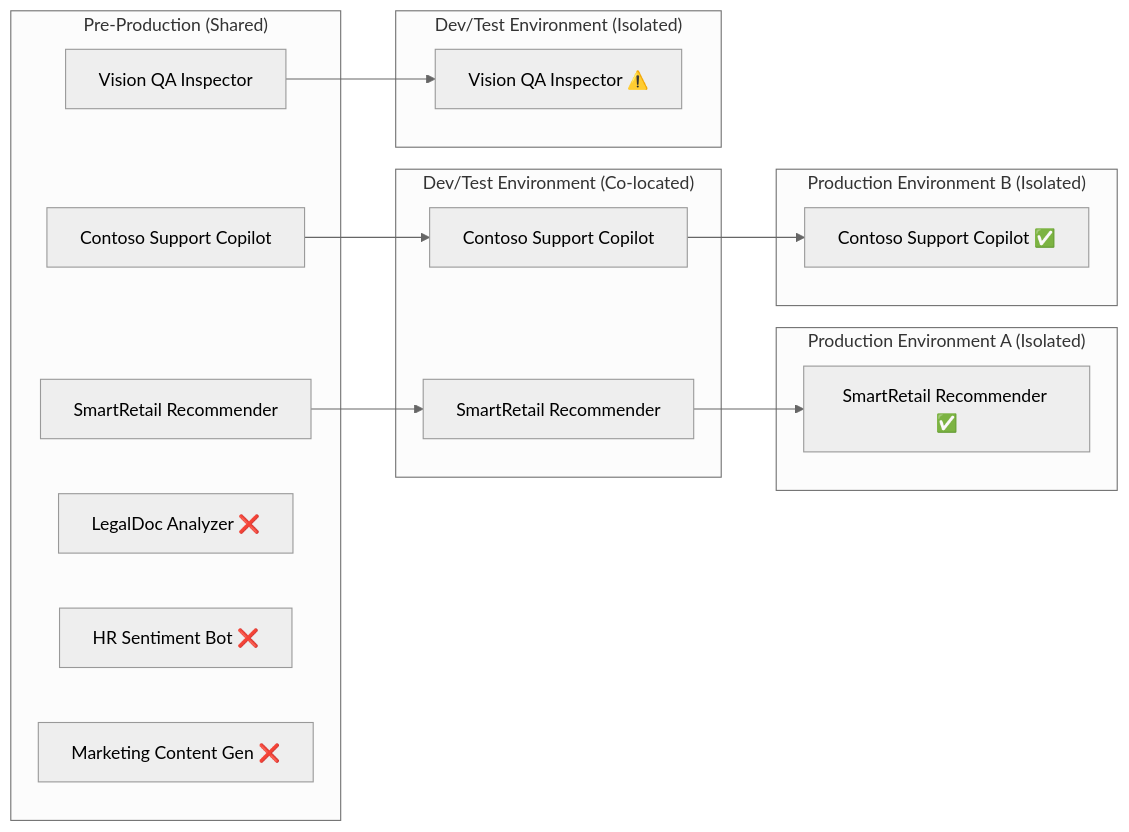
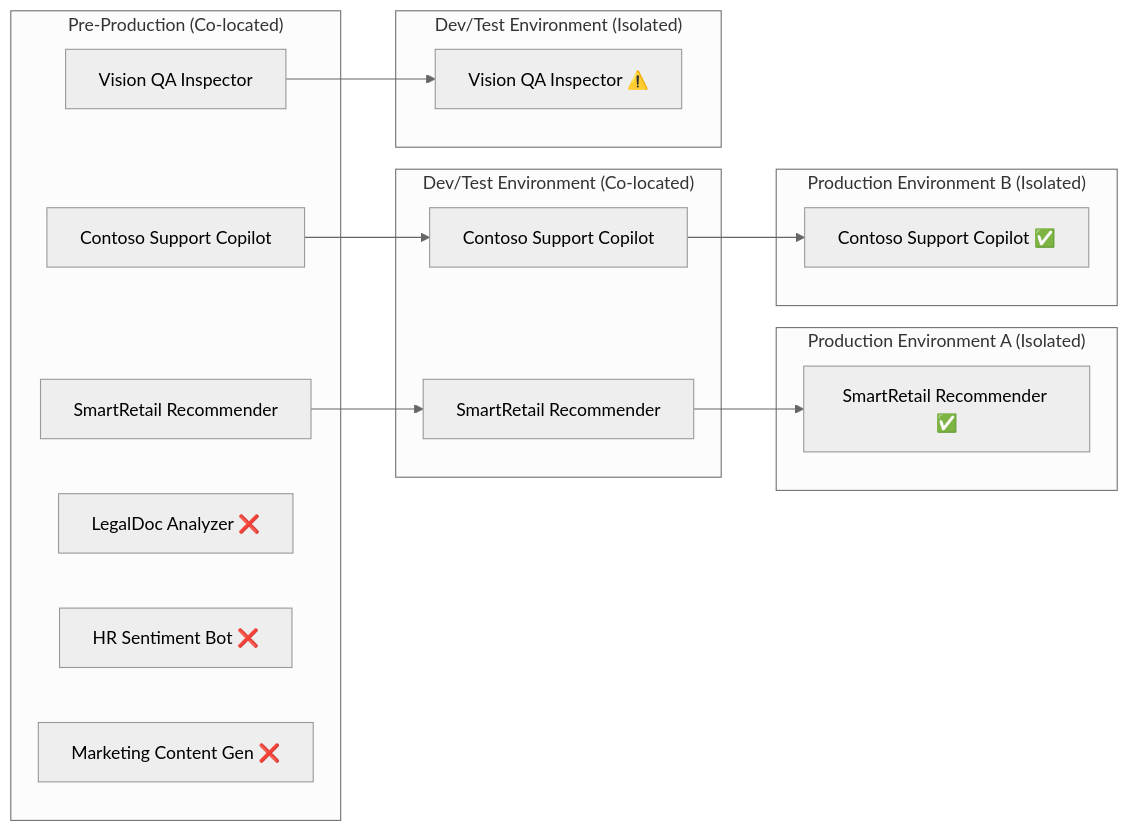
Before and after one commit to MicrosoftDocs/cloud-adoption-framework: the diagram in docs/ai/platform/ai-platform-sharing-isolation-colocation.md, drawn with Mermaid (neutral theme).

````diff
--- a/docs/ai/platform/ai-platform-sharing-isolation-colocation.md
+++ b/docs/ai/platform/ai-platform-sharing-isolation-colocation.md
@@ -97,39 +97,39 @@
 ```mermaid
 flowchart LR
 
     %% Pre-Production
-    subgraph PreProd["Pre-Production (Shared)"]
+    subgraph PreProd["Pre-Production (Co-located)"]
         P1[SmartRetail Recommender]
         P2[Contoso Support Copilot]
         P3[Vision QA Inspector]
         P4[LegalDoc Analyzer ❌]
         P5[HR Sentiment Bot ❌]
         P6[Marketing Content Gen ❌]
     end
 
     %% Dev/Test - Co-located
     subgraph DevTestShared["Dev/Test Environment (Co-located)"]
         D1[SmartRetail Recommender]
         D2[Contoso Support Copilot]
     end
 
     %% Dev/Test - Isolated workload B
     subgraph DevTestIso["Dev/Test Environment (Isolated)"]
         D3[Vision QA Inspector ⚠️]
     end
 
     %% Production - Isolated Workload A
     subgraph ProdA["Production Environment A (Isolated)"]
         PR1[SmartRetail Recommender ✅]
     end
 
     %% Production - Isolated Workload B
     subgraph ProdB["Production Environment B (Isolated)"]
         PR2[Contoso Support Copilot ✅]
     end
 
     %% Promotion paths
     P1 --> D1 --> PR1
     P2 --> D2 --> PR2
     P3 --> D3
 ```
````
